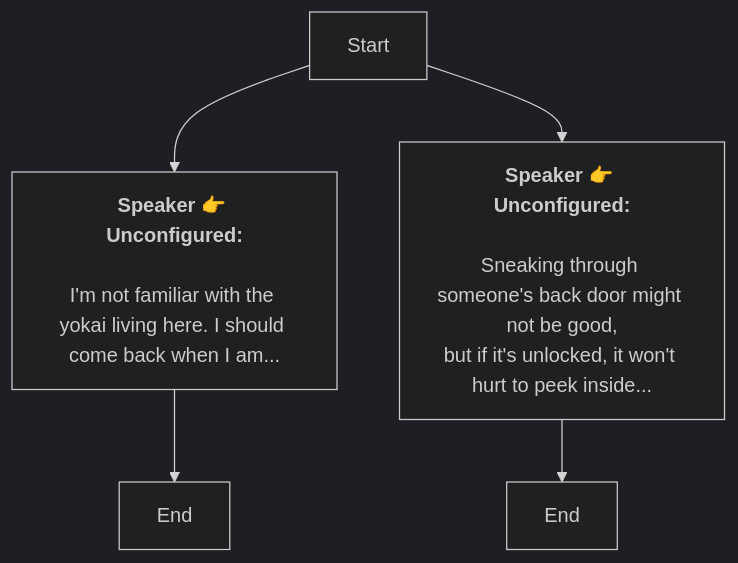
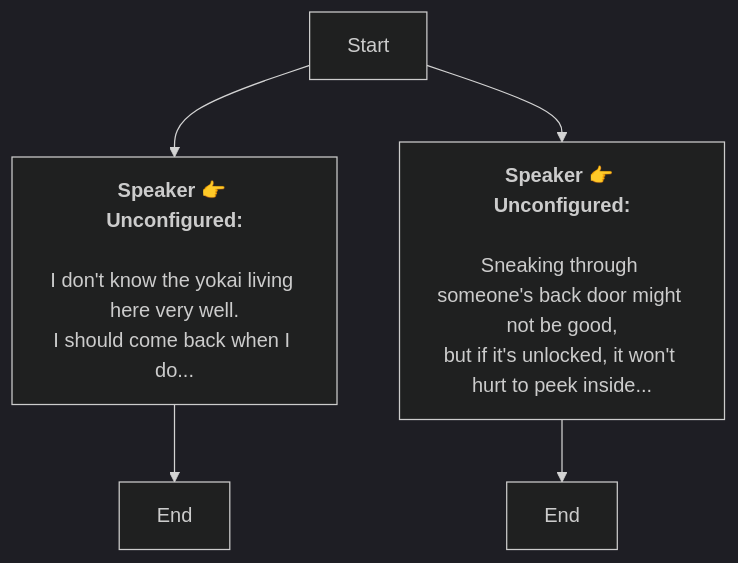
Before and after one commit to SoftHu/tos_avg: the diagram in En/LivingRommCommon.md, drawn with Mermaid (dark theme). The commit also changed 312 other files, not shown here.

````diff
--- a/En/LivingRommCommon.md
+++ b/En/LivingRommCommon.md
@@ -1,13 +1,14 @@
 ```mermaid
 graph
 Start -->1730832679768155[<b>Speaker 👉 Unconfigured:</b>
 
-I'm not familiar with the yokai living here. I should come back when I am...]
+I don't know the yokai living here very well.
+I should come back when I do...]
 1730832679768155 -->1730832736418908[End]
 Start -->1730836209518772[<b>Speaker 👉 Unconfigured:</b>
 
 Sneaking through someone's back door might not be good,
 but if it's unlocked, it won't hurt to peek inside...]
 1730836209518772 -->1730836271339701[End]
 
  ```
````
